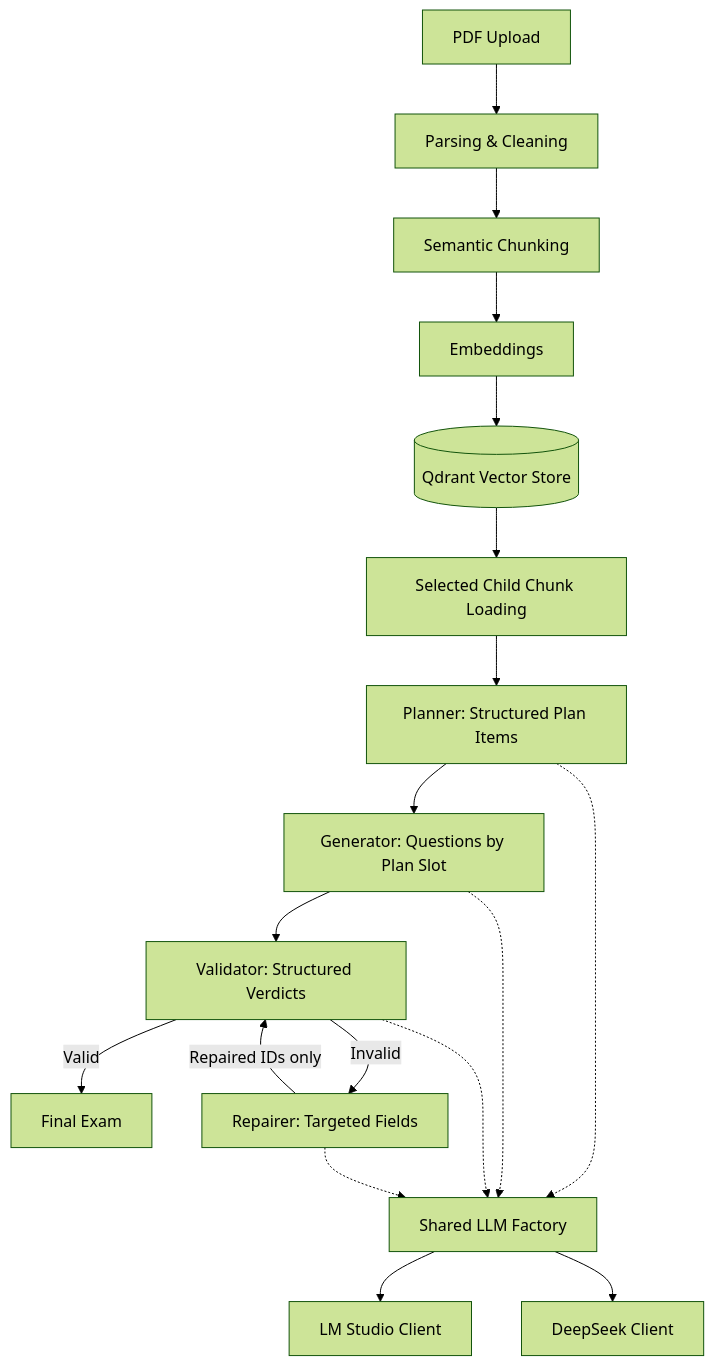
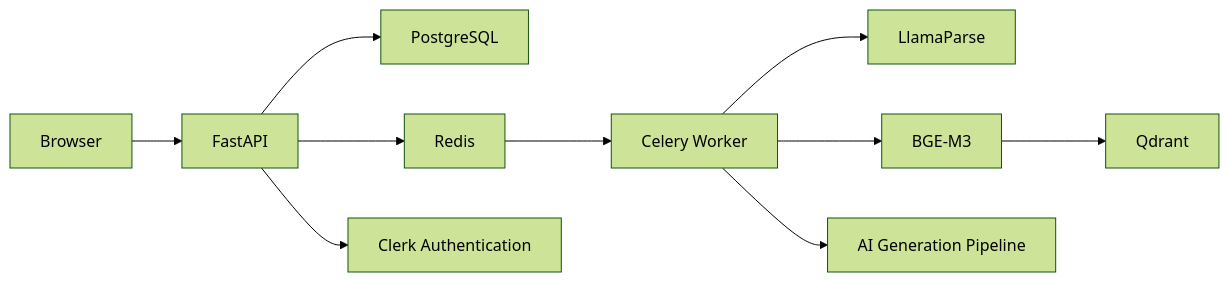
The diagram in README.md (AbdelrahmanAlabadla/DraftWork), drawn with Mermaid (forest theme) before and after one commit. The commit also changed other lines of this file, not shown here.

````diff
--- a/README.md
+++ b/README.md
@@ -198,23 +154,12 @@
-```mermaid id="mz5m42"
-flowchart TD
-    A[PDF Upload] --> B[Parsing & Cleaning]
-    B --> C[Semantic Chunking]
-    C --> D[Embeddings]
-    D --> E[(Qdrant Vector Store)]
-
-    E --> F[Selected Child Chunk Loading]
-    F --> G[Planner: Structured Plan Items]
-    G --> H[Generator: Questions by Plan Slot]
-    H --> I[Validator: Structured Verdicts]
-
-    I -->|Valid| J[Final Exam]
-    I -->|Invalid| K[Repairer: Targeted Fields]
-    K -->|Repaired IDs only| I
-
-    G -.-> L[Shared LLM Factory]
-    H -.-> L
-    I -.-> L
-    K -.-> L
-    L --> M[LM Studio Client]
-    L --> N[DeepSeek Client]
+```mermaid
+flowchart LR
+    A[Browser] --> B[FastAPI]
+    B --> C[PostgreSQL]
+    B --> D[Redis]
+    D --> E[Celery Worker]
+    E --> F[LlamaParse]
+    E --> G[BGE-M3]
+    G --> H[Qdrant]
+    E --> I[AI Generation Pipeline]
+    B --> J[Clerk Authentication]
 ```
````
